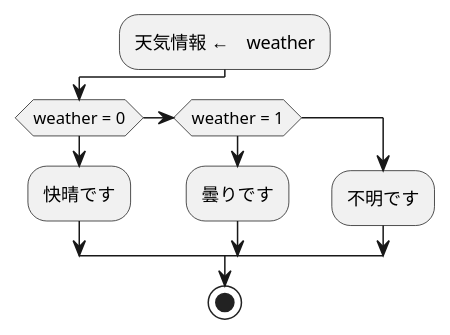
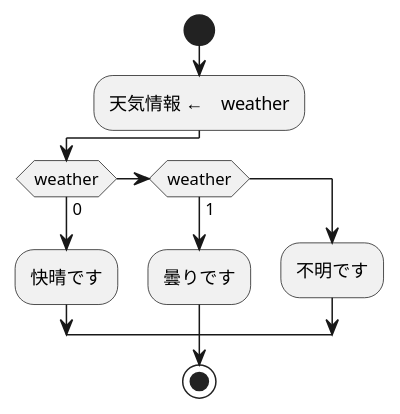
Before and after one commit to Aso2001189/2021sys-design: the diagram in challenge.md, drawn with PlantUML.

````diff
--- a/challenge.md
+++ b/challenge.md
@@ -1,15 +1,16 @@
 ```uml
 @startuml
+start
 :天気情報 ←　weather;
 
-if(weather = 0)
+if(weather)then(0)
 :快晴です;
-elseif(weather = 1)
+elseif(weather)then(1)
 :曇りです;
 else
 :不明です;
 endif
 
 stop
 @enduml
 ```
````
